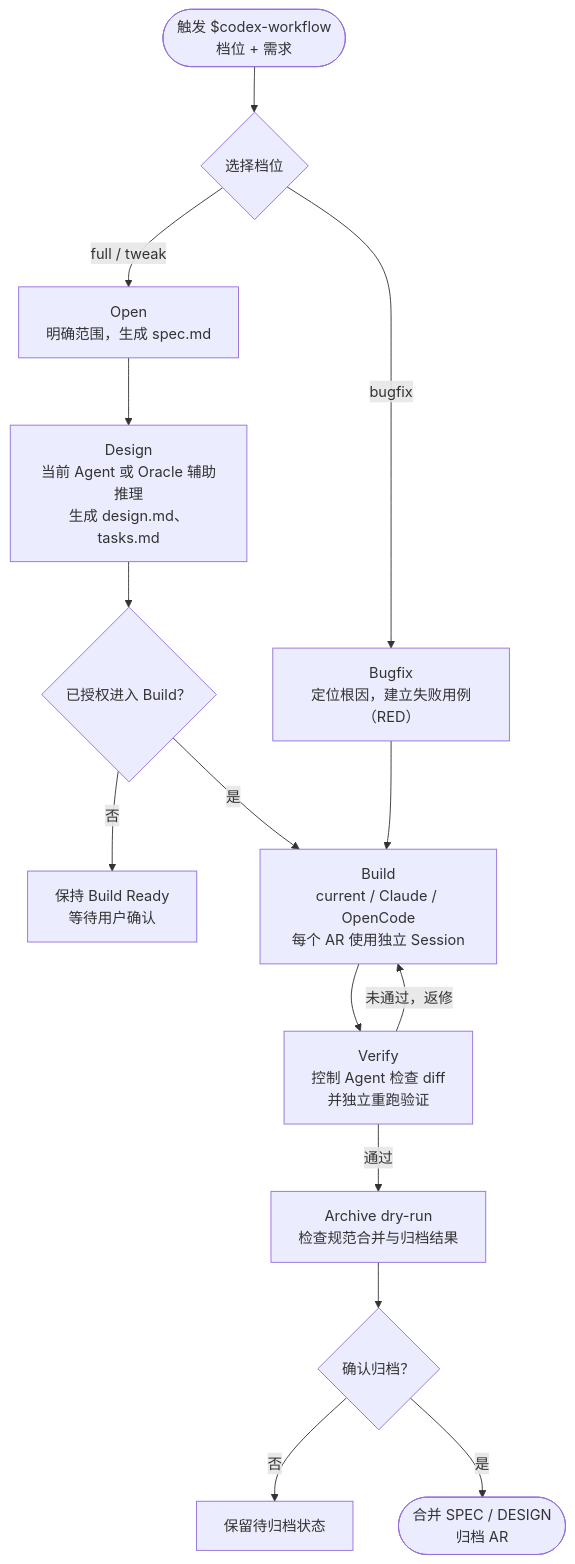
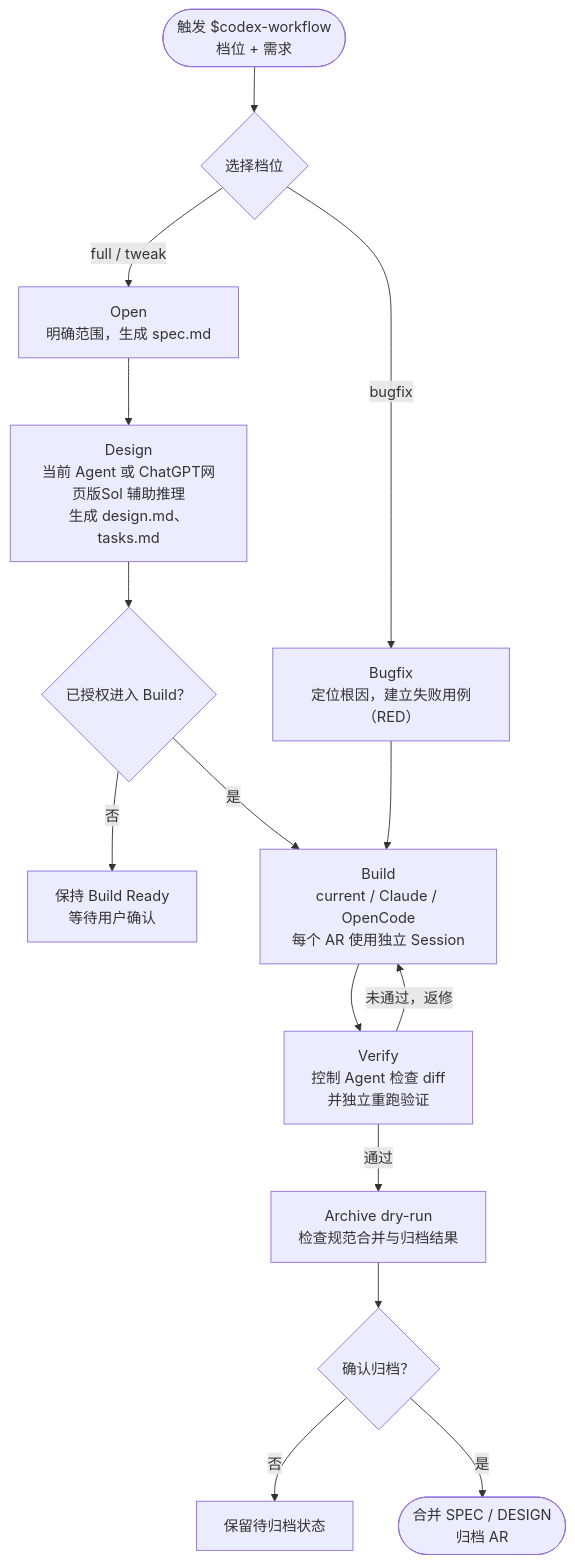
One commit to luochangbin/Harness changed the diagram in README.md. Above: the diagram before and after it, drawn with Mermaid. The commit also changed other lines of this file, not shown here.

````diff
--- a/README.md
+++ b/README.md
@@ -53,20 +53,20 @@
 ```mermaid
 flowchart TB
     START(["触发 $codex-workflow<br/>档位 + 需求"]) --> MODE{"选择档位"}
 
     MODE -->|full / tweak| OPEN["Open<br/>明确范围，生成 spec.md"]
-    OPEN --> DESIGN["Design<br/>当前 Agent 或 Oracle 辅助推理<br/>生成 design.md、tasks.md"]
+    OPEN --> DESIGN["Design<br/>当前 Agent 或 ChatGPT网页版Sol 辅助推理<br/>生成 design.md、tasks.md"]
     DESIGN --> AUTH{"已授权进入 Build？"}
     AUTH -->|否| READY["保持 Build Ready<br/>等待用户确认"]
     AUTH -->|是| BUILD
 
     MODE -->|bugfix| BUG["Bugfix<br/>定位根因，建立失败用例（RED）"]
     BUG --> BUILD["Build<br/>current / Claude / OpenCode<br/>每个 AR 使用独立 Session"]
 
     BUILD --> VERIFY["Verify<br/>控制 Agent 检查 diff<br/>并独立重跑验证"]
     VERIFY -->|未通过，返修| BUILD
     VERIFY -->|通过| DRYRUN["Archive dry-run<br/>检查规范合并与归档结果"]
     DRYRUN --> CONFIRM{"确认归档？"}
     CONFIRM -->|否| PENDING["保留待归档状态"]
     CONFIRM -->|是| ARCHIVE(["合并 SPEC / DESIGN<br/>归档 AR"])
 ```
````
